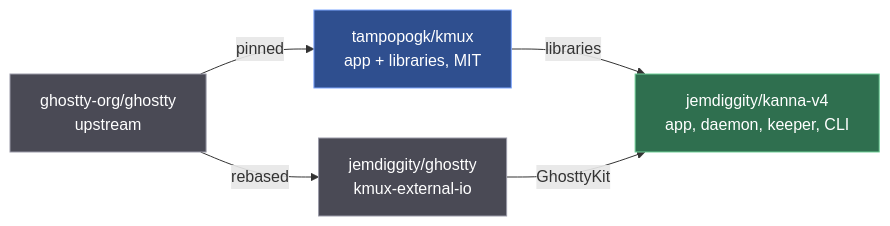
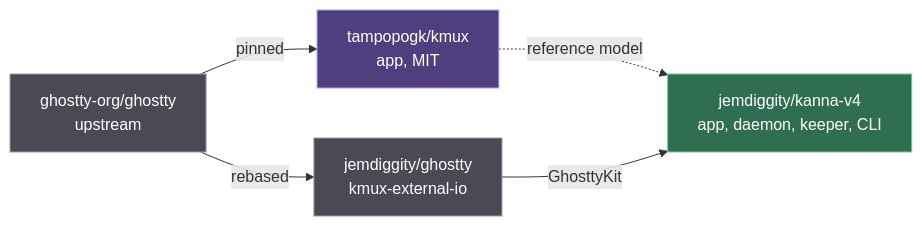
The fifth of 8 diagrams in docs/research/mux-architecture.md (jemdiggity/kanna-v4), drawn with Mermaid before and after one commit. The commit also changed other lines of this file and 1 other file, not shown here.

Commit message:
Mux plan: kmux stays as it is, the reference model; Kanna's mux core is its own (kanna-mux)

````diff
--- a/docs/research/mux-architecture.md
+++ b/docs/research/mux-architecture.md
@@ -215,15 +214,15 @@
 ```mermaid
 flowchart LR
-    GU["ghostty-org/ghostty<br/>upstream"] -->|"pinned"| KMUX["tampopogk/kmux<br/>app + libraries, MIT"]
+    GU["ghostty-org/ghostty<br/>upstream"] -->|"pinned"| KMUX["tampopogk/kmux<br/>app, MIT"]
     GU -->|"rebased"| GF["jemdiggity/ghostty<br/>kmux-external-io"]
-    KMUX -->|"libraries"| KV["jemdiggity/kanna-v4<br/>app, daemon, keeper, CLI"]
+    KMUX -.->|"reference model"| KV["jemdiggity/kanna-v4<br/>app, daemon, keeper, CLI"]
     GF -->|"GhosttyKit"| KV
     classDef kanna fill:#2f6f4f,stroke:#6fcf97,color:#ffffff
     classDef kmux fill:#2f4f8f,stroke:#7fa7ff,color:#ffffff
     classDef kmuxapp fill:#4f3f7f,stroke:#b39cff,color:#ffffff
     classDef os fill:#4a4a55,stroke:#9a9aa8,color:#ffffff
     classDef ext fill:#6b4f2f,stroke:#e0a960,color:#ffffff
     class GU,GF os
-    class KMUX kmux
+    class KMUX kmuxapp
     class KV kanna
 ```
````
